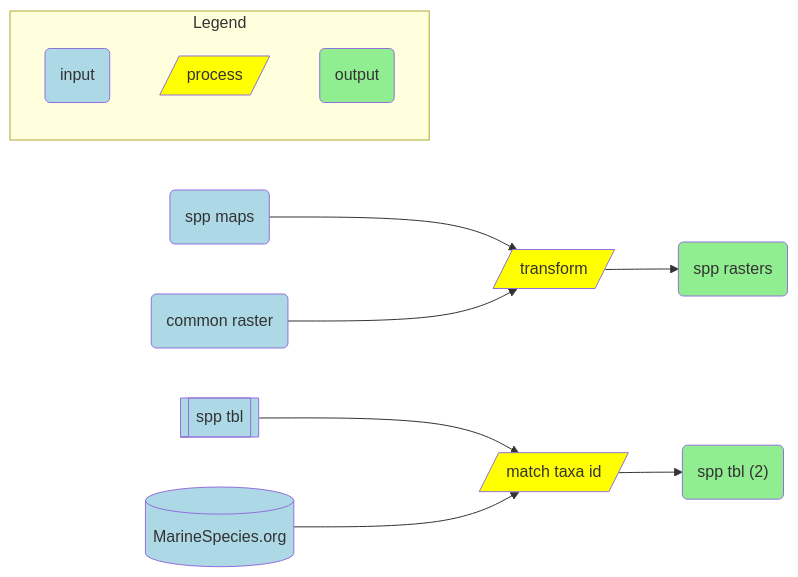
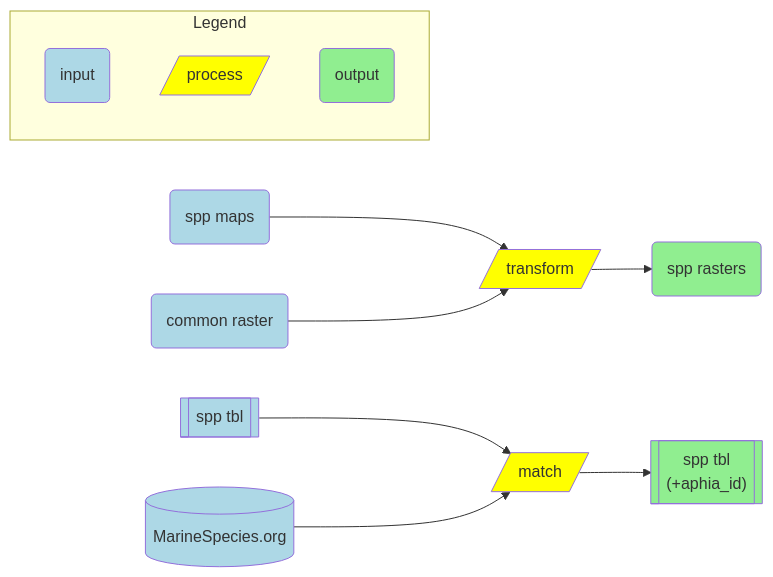
Before and after one commit to MarineSensitivity/docs: the diagram in diagrams/process.mmd, drawn with Mermaid. The commit also changed 1 other file, not shown here.

```diff
--- a/diagrams/process.mmd
+++ b/diagrams/process.mmd
@@ -1,34 +1,34 @@
 flowchart LR
 
   %% nodes
   sm("spp maps"):::in
   st[[spp tbl]]:::in
   ms[("MarineSpecies.org")]:::in
-  mt[/match taxa id/]:::fxn
-  st2("spp tbl (2)"):::out
+  mt[/match/]:::fxn
+  st2[["spp tbl <br>(+aphia_id)"]]:::out
   tx[/transform/]:::fxn
   cg("common raster"):::in
   sr("spp rasters"):::out
 
   %% edges
   st  --> mt
   ms  --> mt
   mt  --> st2
   sm  --> tx
   cg  --> tx
   tx  --> sr
 
   %% Legend
   in(input):::in
   fxn[/process/]:::fxn
   out(output):::out
   subgraph Legend
     in
     fxn
     out
   end
 
   %% styles
   classDef in  fill:lightblue
   classDef out fill:lightgreen
   classDef fxn fill:yellow
```
